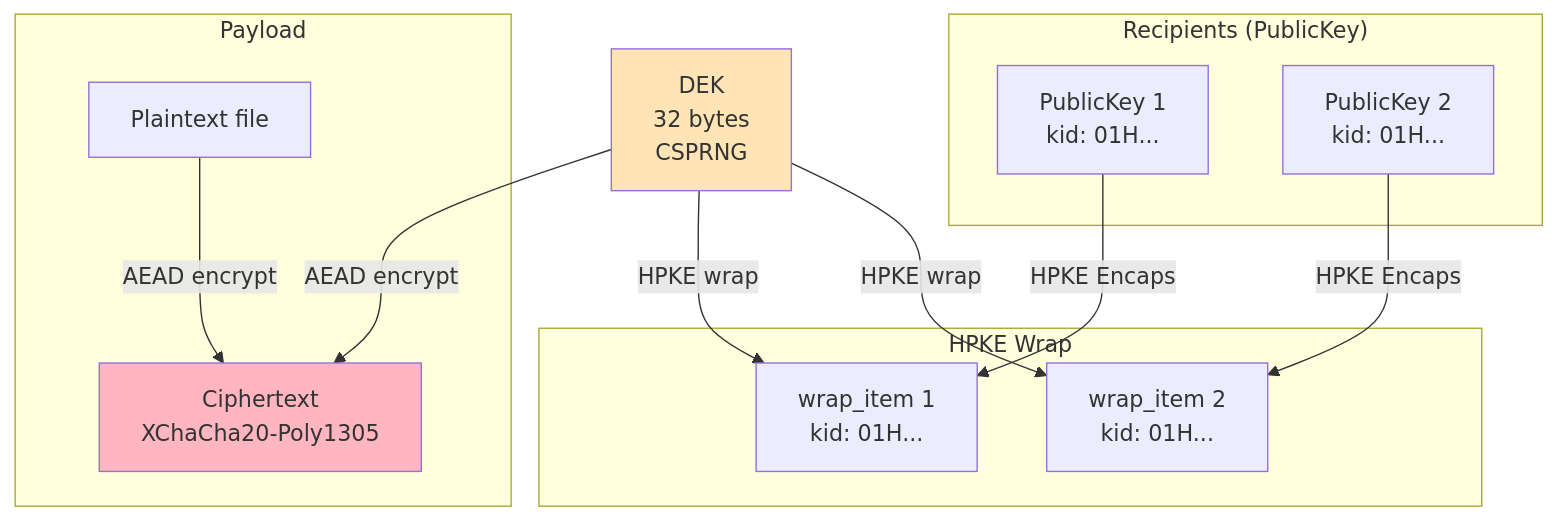
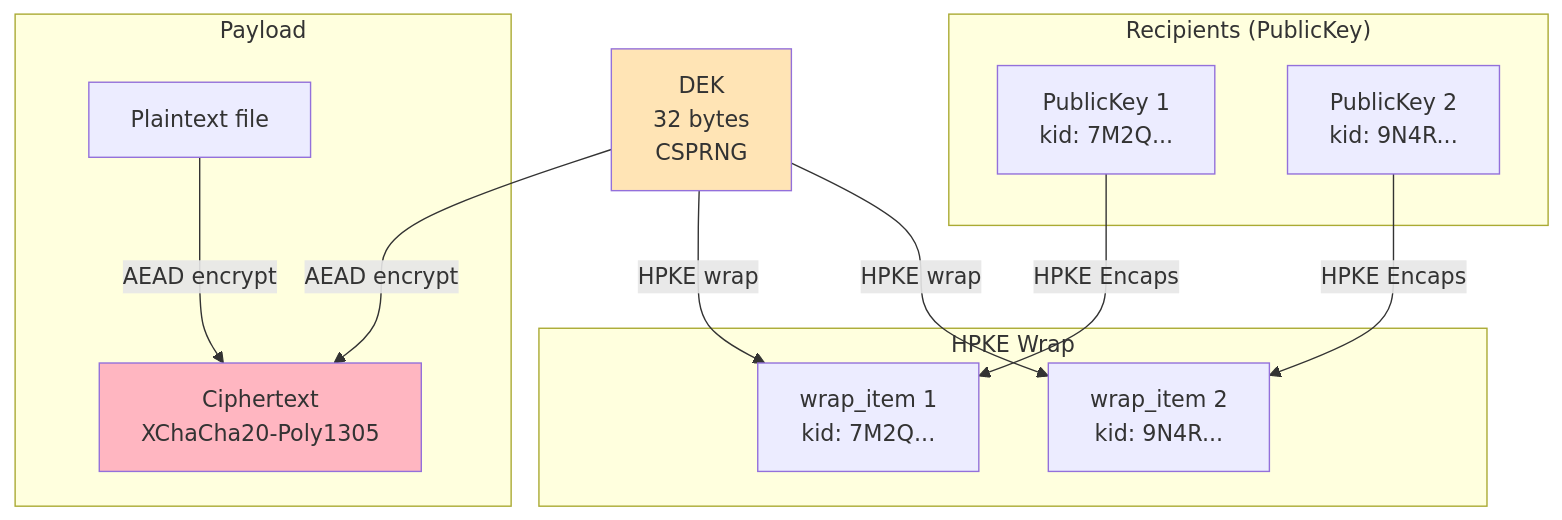
Before and after one commit to ebisawa/secretenv: the third of 6 diagrams in guides/security_design_v3_en.md, drawn with Mermaid. The commit also changed other lines of this file and 116 other files, not shown here.

First line of the commit message:
feat: replace ULID-based kid with content-derived key statement ID

````diff
--- a/guides/security_design_v3_en.md
+++ b/guides/security_design_v3_en.md
@@ -382,29 +385,29 @@
 ```mermaid
 graph TB
     subgraph recipients["Recipients (PublicKey)"]
-        PK1["PublicKey 1<br/>kid: 01H..."]
-        PK2["PublicKey 2<br/>kid: 01H..."]
+        PK1["PublicKey 1<br/>kid: 7M2Q..."]
+        PK2["PublicKey 2<br/>kid: 9N4R..."]
     end
 
     subgraph wrap["HPKE Wrap"]
-        W1["wrap_item 1<br/>kid: 01H..."]
-        W2["wrap_item 2<br/>kid: 01H..."]
+        W1["wrap_item 1<br/>kid: 7M2Q..."]
+        W2["wrap_item 2<br/>kid: 9N4R..."]
     end
 
     DEK["DEK<br/>32 bytes<br/>CSPRNG"]
 
     subgraph payload["Payload"]
         PT[Plaintext file]
         CT["Ciphertext<br/>XChaCha20-Poly1305"]
     end
 
     PK1 -->|HPKE Encaps| W1
     PK2 -->|HPKE Encaps| W2
     DEK -->|HPKE wrap| W1
     DEK -->|HPKE wrap| W2
     DEK -->|AEAD encrypt| CT
     PT -->|AEAD encrypt| CT
 
     style DEK fill:#FFE4B5
     style CT fill:#FFB6C1
 ```
````
